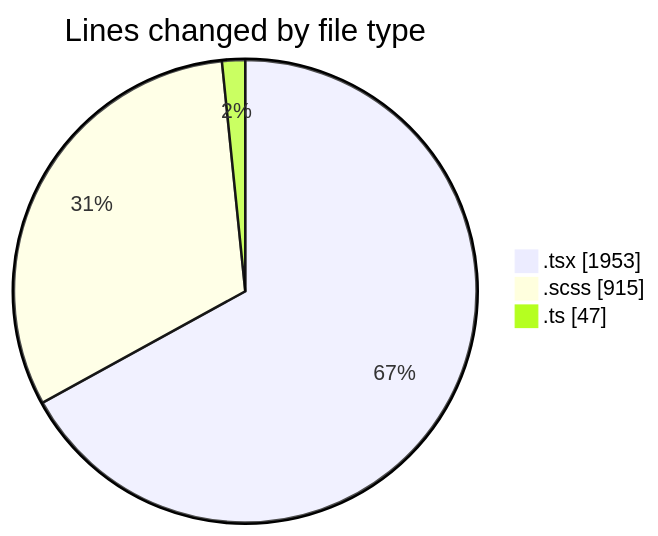
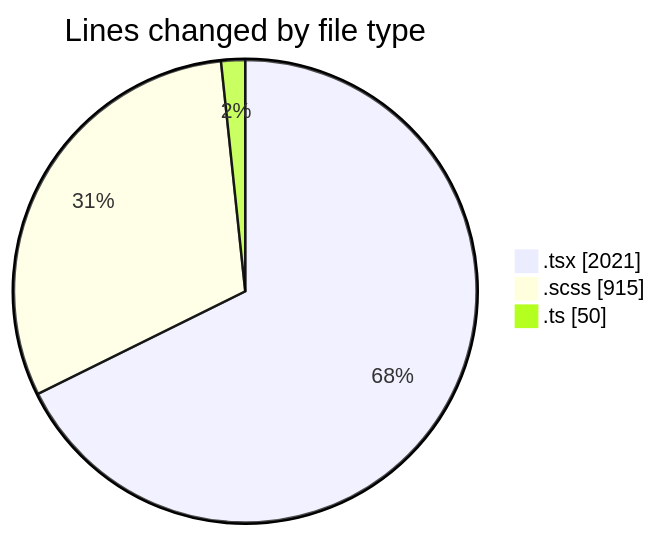
One commit to momahboobian/code-tracking changed the first of 2 diagrams in 2025-03-27/cda/README.md. Above: the diagram before and after it, drawn with Mermaid. The commit also changed other lines of this file and 1 other file, not shown here.

````diff
--- a/2025-03-27/cda/README.md
+++ b/2025-03-27/cda/README.md
@@ -34,7 +36,7 @@
 ```mermaid
 pie showData
 title Lines changed by file type
-".tsx" : 1953
+".tsx" : 2021
 ".scss" : 915
-".ts" : 47
+".ts" : 50
 ```
````
